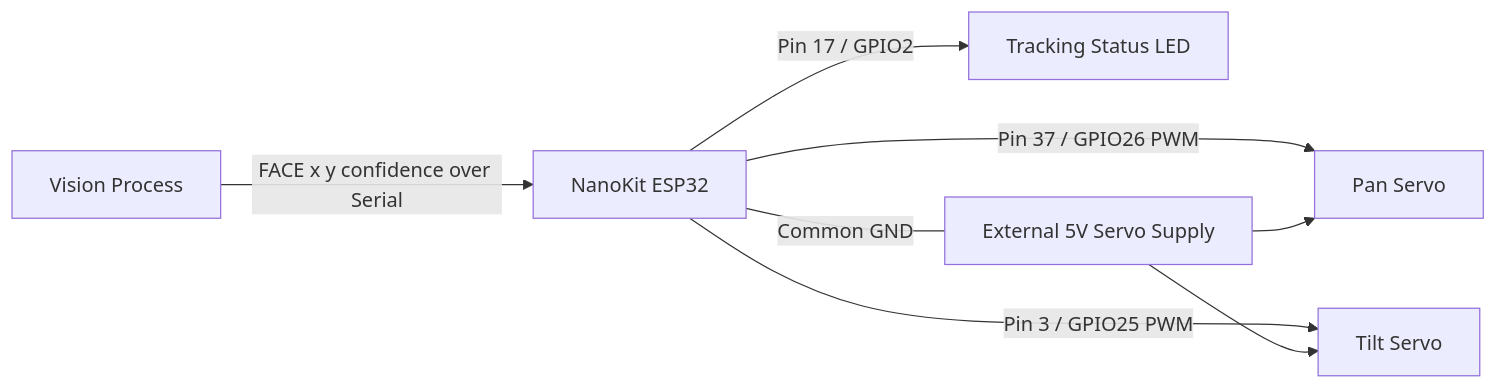
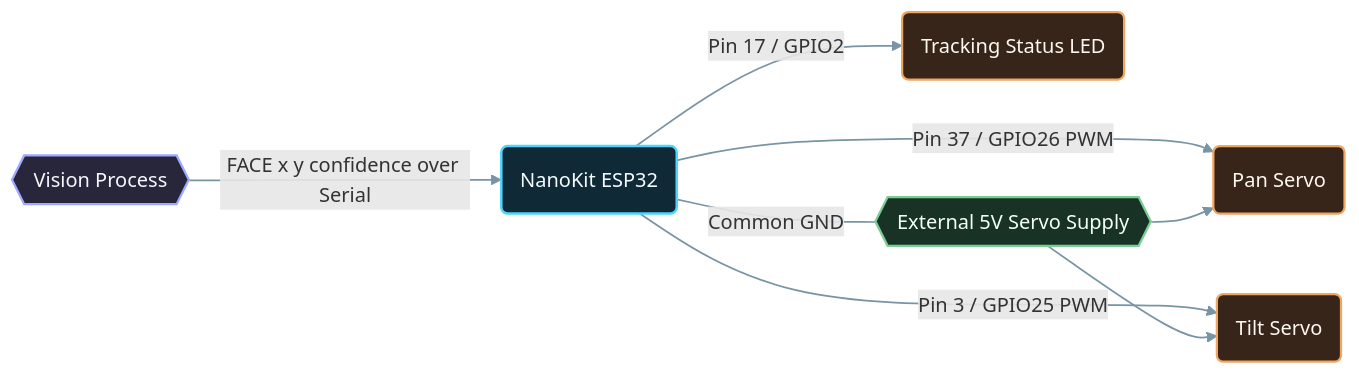
One commit to ProAmineOfficial/NanoKit-ESP32 changed the diagram in applications_on_platformio/face_rotation_tracking_camera/images/connection-diagram.md. Above: the diagram before and after it, drawn with Mermaid. The commit also changed 15 other files, not shown here.

Commit message:
docs: apply semantic Mermaid styling

````diff
--- a/applications_on_platformio/face_rotation_tracking_camera/images/connection-diagram.md
+++ b/applications_on_platformio/face_rotation_tracking_camera/images/connection-diagram.md
@@ -5,10 +5,20 @@
 ```mermaid
 flowchart LR
-  VISION[Vision Process] -->|FACE x y confidence over Serial| NK[NanoKit ESP32]
-  NK -->|Pin 37 / GPIO26 PWM| PAN[Pan Servo]
-  NK -->|Pin 3 / GPIO25 PWM| TILT[Tilt Servo]
-  NK -->|Pin 17 / GPIO2| LED[Tracking Status LED]
-  SUPPLY[External 5V Servo Supply] --> PAN
+  VISION{{Vision Process}} -->|FACE x y confidence over Serial| NK("NanoKit ESP32")
+  NK -->|Pin 37 / GPIO26 PWM| PAN("Pan Servo")
+  NK -->|Pin 3 / GPIO25 PWM| TILT("Tilt Servo")
+  NK -->|Pin 17 / GPIO2| LED("Tracking Status LED")
+  SUPPLY{{External 5V Servo Supply}} --> PAN
   SUPPLY --> TILT
   NK ---|Common GND| SUPPLY
+
+  classDef controller fill:#102936,stroke:#4dd4ff,stroke-width:2px,color:#f4fbff
+  classDef external fill:#28263a,stroke:#9ea9ff,stroke-width:1.8px,color:#f7f6ff
+  classDef actuator fill:#37251a,stroke:#f0a560,stroke-width:1.8px,color:#fff8ef
+  classDef power fill:#183326,stroke:#7ccd91,stroke-width:1.8px,color:#f4fff6
+  class NK controller
+  class VISION external
+  class PAN,TILT,LED actuator
+  class SUPPLY power
+  linkStyle default stroke:#7894a5,stroke-width:1.4px
 ```
````
